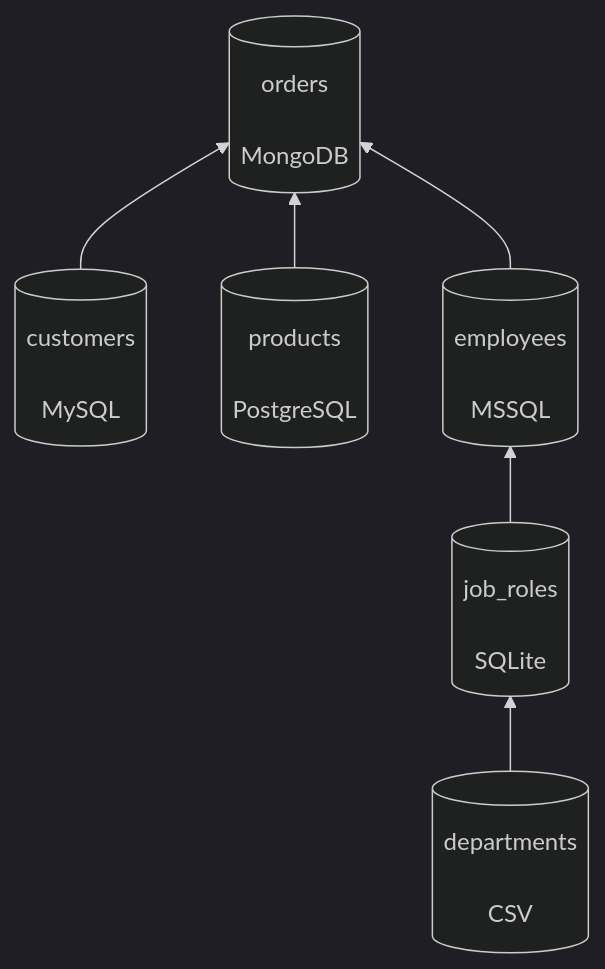
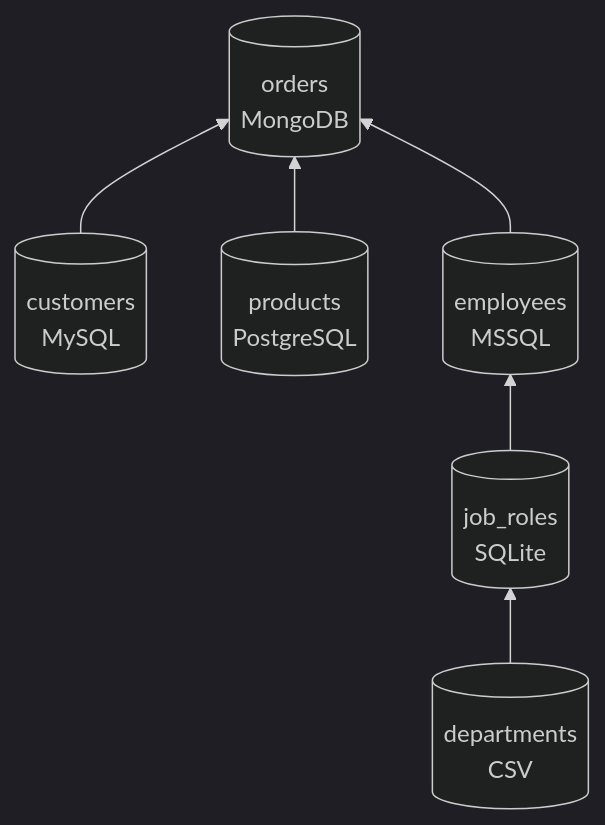
The second of 2 diagrams in docs/tutorial.md (chumaky/datero-docs), drawn with Mermaid (dark theme) before and after one commit. The commit also changed other lines of this file and 16 other files, not shown here.

````diff
--- a/docs/tutorial.md
+++ b/docs/tutorial.md
@@ -45,15 +45,15 @@
 ``` mermaid
 flowchart BT
-  customers[("customers\n\nMySQL")]
-  orders[("orders\n\nMongoDB")]
-  products[(products\n\nPostgreSQL)]
-  employees[(employees\n\nMSSQL)]
-  job_roles[(job_roles\n\nSQLite)]
-  departments[(departments\n\nCSV)]
+  customers[("customers<br />MySQL")]
+  orders[("orders<br />MongoDB")]
+  products[(products<br />PostgreSQL)]
+  employees[(employees<br />MSSQL)]
+  job_roles[(job_roles<br />SQLite)]
+  departments[(departments<br />CSV)]
 
   customers --> orders
   products --> orders
   employees --> orders
   job_roles --> employees
   departments --> job_roles
 ```
````
